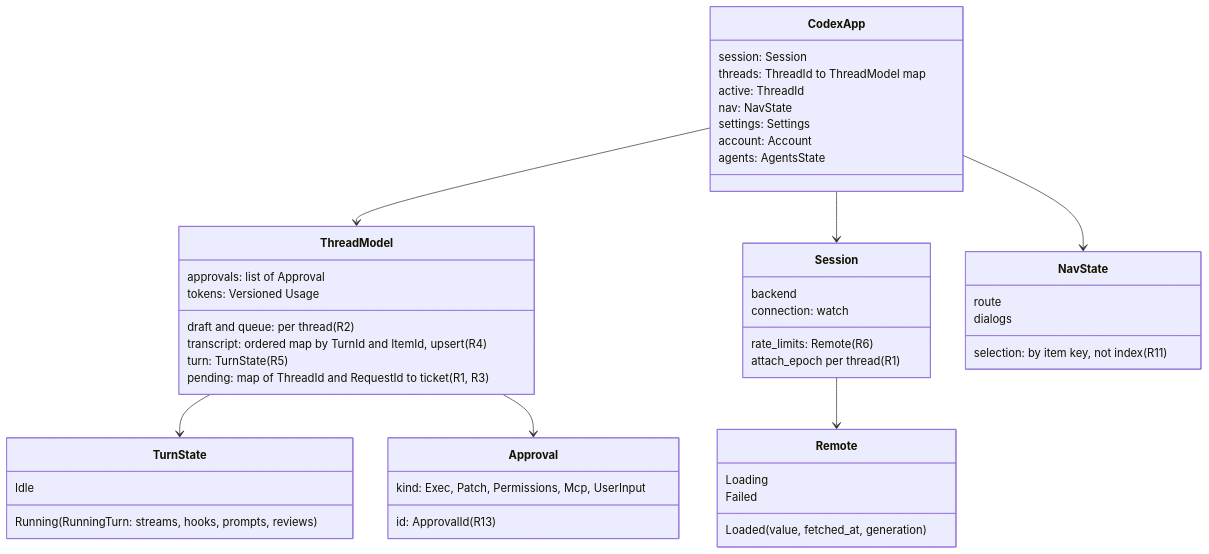
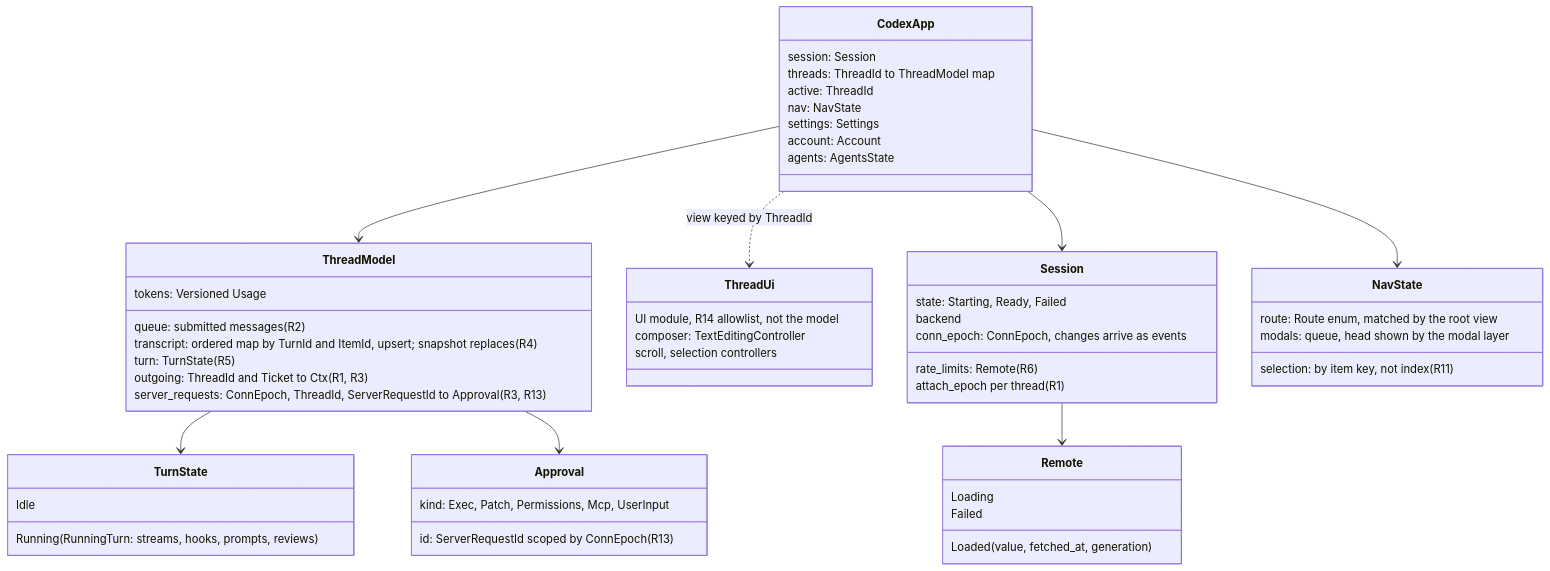
The sixth of 11 diagrams in docs/rtwk-port/design.md (Maryarty/CodexCLI), drawn with Mermaid before and after one commit. The commit also changed other lines of this file and 10 other files, not shown here.

First line of the commit message:
arch-review: independent Opus review of the architecture; findings fixed

````diff
--- a/docs/rtwk-port/design.md
+++ b/docs/rtwk-port/design.md
@@ -150,50 +156,57 @@
 ```mermaid
 classDiagram
   class CodexApp {
     session: Session
     threads: ThreadId to ThreadModel map
     active: ThreadId
     nav: NavState
     settings: Settings
     account: Account
     agents: AgentsState
   }
   class ThreadModel {
-    draft and queue: per thread (R2)
-    transcript: ordered map by TurnId and ItemId, upsert (R4)
+    queue: submitted messages (R2)
+    transcript: ordered map by TurnId and ItemId, upsert; snapshot replaces (R4)
     turn: TurnState (R5)
-    pending: map of ThreadId and RequestId to ticket (R1, R3)
-    approvals: list of Approval
+    outgoing: ThreadId and Ticket to Ctx (R1, R3)
+    server_requests: ConnEpoch, ThreadId, ServerRequestId to Approval (R3, R13)
     tokens: Versioned Usage
+  }
+  class ThreadUi {
+    UI module, R14 allowlist, not the model
+    composer: TextEditingController
+    scroll, selection controllers
   }
   class TurnState {
     Idle
     Running(RunningTurn: streams, hooks, prompts, reviews)
   }
   class Remote {
     Loading
     Loaded(value, fetched_at, generation)
     Failed
   }
   class Approval {
-    id: ApprovalId (R13)
+    id: ServerRequestId scoped by ConnEpoch (R13)
     kind: Exec, Patch, Permissions, Mcp, UserInput
   }
   class Session {
+    state: Starting, Ready, Failed
     backend
-    connection: watch
+    conn_epoch: ConnEpoch, changes arrive as events
     rate_limits: Remote (R6)
     attach_epoch per thread (R1)
   }
   class NavState {
-    route
-    dialogs
+    route: Route enum, matched by the root view
+    modals: queue, head shown by the modal layer
     selection: by item key, not index (R11)
   }
   CodexApp --> ThreadModel
   ThreadModel --> TurnState
   ThreadModel --> Approval
+  CodexApp ..> ThreadUi : view keyed by ThreadId
   CodexApp --> Session
   Session --> Remote
   CodexApp --> NavState
 ```
````
